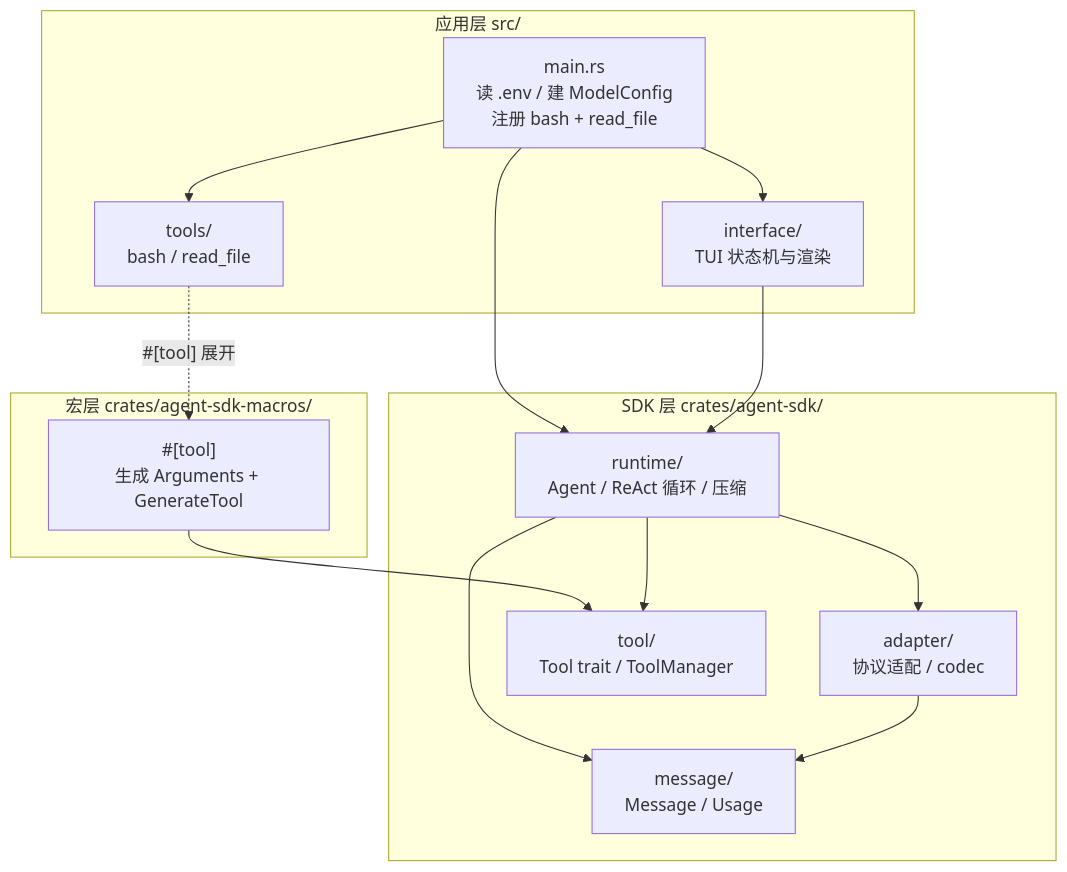
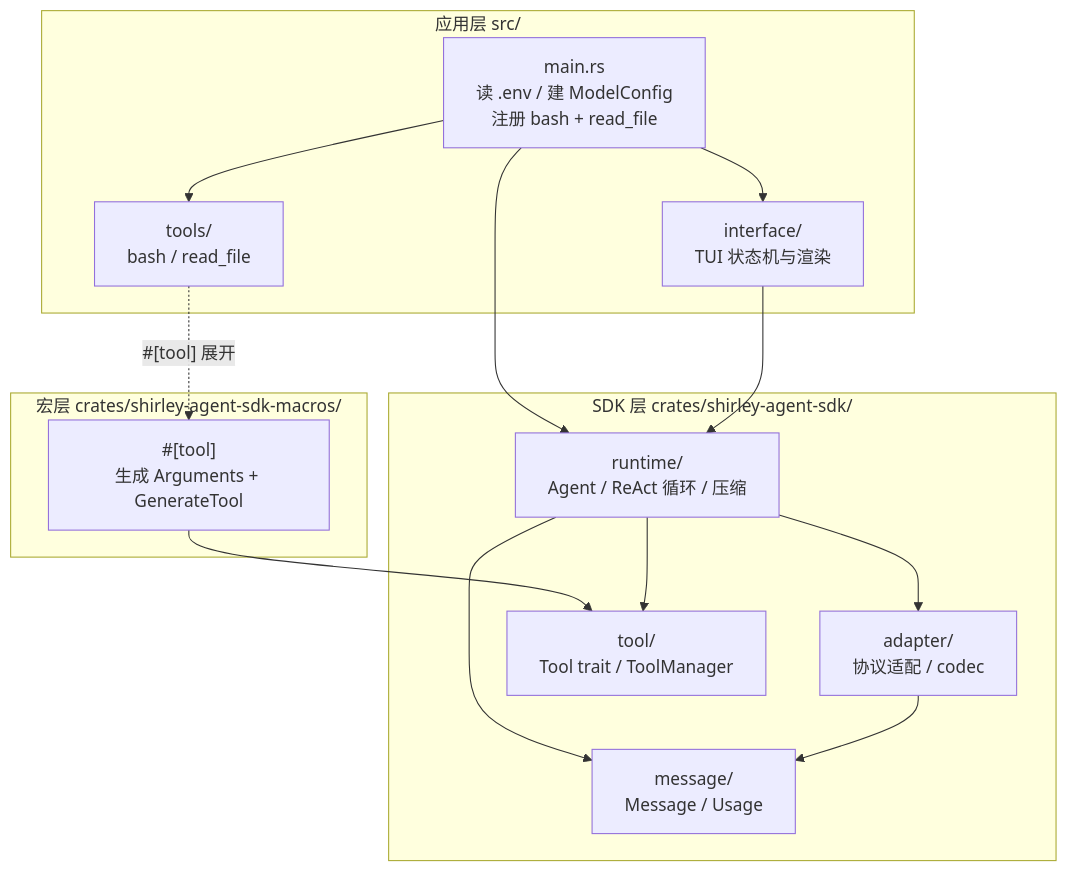
One commit to Seann0824/Shirley changed the first of 9 diagrams in docs/architecture.md. Above: the diagram before and after it, drawn with Mermaid. The commit also changed other lines of this file and 69 other files, not shown here.

````diff
--- a/docs/architecture.md
+++ b/docs/architecture.md
@@ -17,30 +17,30 @@
 ```mermaid
 graph TD
     subgraph App["应用层 src/"]
         MAIN["main.rs<br/>读 .env / 建 ModelConfig<br/>注册 bash + read_file"]
         IFACE["interface/<br/>TUI 状态机与渲染"]
         TOOLS["tools/<br/>bash / read_file"]
     end
 
-    subgraph SDK["SDK 层 crates/agent-sdk/"]
+    subgraph SDK["SDK 层 crates/shirley-agent-sdk/"]
         RUNTIME["runtime/<br/>Agent / ReAct 循环 / 压缩"]
         MSG["message/<br/>Message / Usage"]
         ADAPTER["adapter/<br/>协议适配 / codec"]
         TOOLM["tool/<br/>Tool trait / ToolManager"]
     end
 
-    subgraph MACRO["宏层 crates/agent-sdk-macros/"]
+    subgraph MACRO["宏层 crates/shirley-agent-sdk-macros/"]
         TOOLMACRO["#[tool]<br/>生成 Arguments + GenerateTool"]
     end
 
     MAIN --> IFACE
     MAIN --> TOOLS
     MAIN --> RUNTIME
     IFACE --> RUNTIME
     TOOLS -.->|"#[tool] 展开"| TOOLMACRO
     TOOLMACRO --> TOOLM
     RUNTIME --> MSG
     RUNTIME --> ADAPTER
     RUNTIME --> TOOLM
     ADAPTER --> MSG
 ```
````
